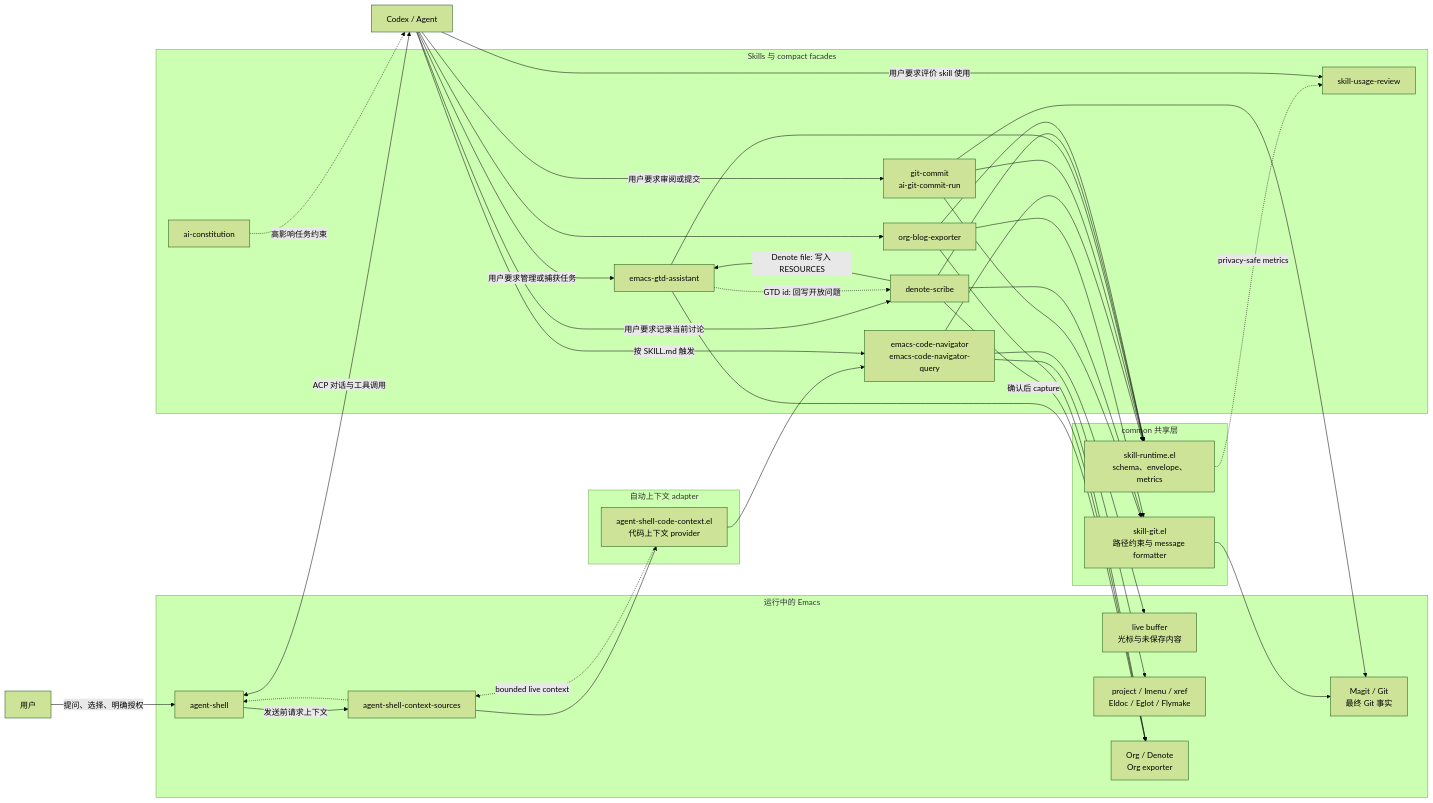
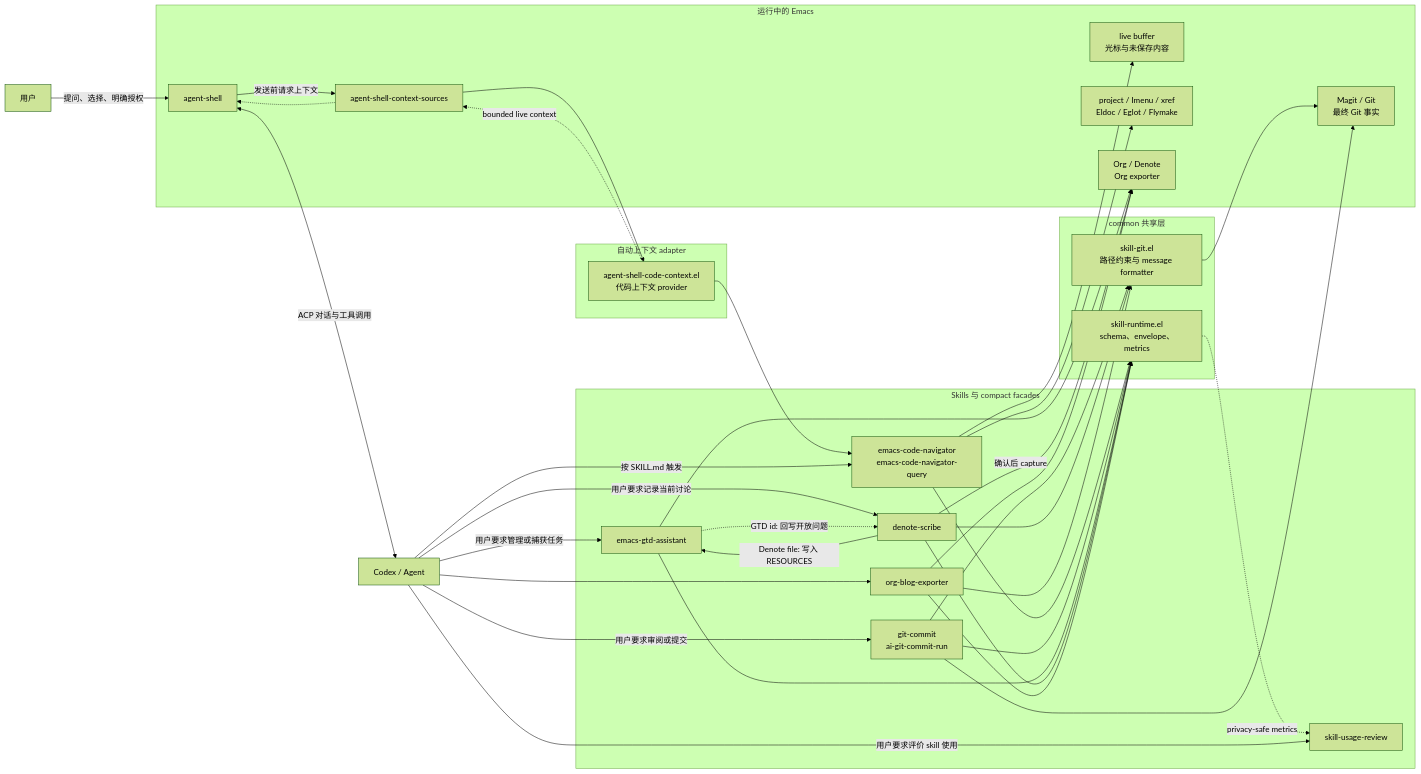
One commit to zorowk/skills changed the diagram in README.md. Above: the diagram before and after it, drawn with Mermaid (forest theme). The commit also changed other lines of this file and 13 other files, not shown here.

````diff
--- a/README.md
+++ b/README.md
@@ -33,72 +32,70 @@
 ```mermaid
 flowchart LR
     USER["用户"]
     AGENT["Codex / Agent"]
 
     subgraph EMACS["运行中的 Emacs"]
         AS["agent-shell"]
         SOURCES["agent-shell-context-sources"]
         BUFFER["live buffer<br/>光标与未保存内容"]
         CODEAPI["project / Imenu / xref<br/>Eldoc / Eglot / Flymake"]
         ORG["Org / Denote<br/>Org exporter"]
         MAGIT["Magit / Git<br/>最终 Git 事实"]
     end
 
     subgraph COMMON["common 共享层"]
         RUNTIME["skill-runtime.el<br/>schema、envelope、metrics"]
         GITCORE["skill-git.el<br/>路径约束与 message formatter"]
     end
 
     subgraph ADAPTERS["自动上下文 adapter"]
         CODECTX["agent-shell-code-context.el<br/>代码上下文 provider"]
     end
 
     subgraph SKILLS["Skills 与 compact facades"]
         NAV["emacs-code-navigator<br/>emacs-code-navigator-query"]
         COMMIT["git-commit<br/>ai-git-commit-run"]
         GTD["emacs-gtd-assistant"]
         SCRIBE["denote-scribe"]
         BLOG["org-blog-exporter"]
         USAGE["skill-usage-review"]
-        CONSTITUTION["ai-constitution"]
     end
 
     USER -->|"提问、选择、明确授权"| AS
     AS <-->|"ACP 对话与工具调用"| AGENT
 
     AS -->|"发送前请求上下文"| SOURCES
     SOURCES --> CODECTX
     CODECTX --> NAV
     NAV --> BUFFER
     NAV --> CODEAPI
     CODECTX -.->|"bounded live context"| SOURCES
     SOURCES -.-> AS
 
     AGENT -->|"用户要求管理或捕获任务"| GTD
     AGENT -->|"用户要求记录当前讨论"| SCRIBE
     AGENT -->|"用户要求审阅或提交"| COMMIT
     SCRIBE -->|"Denote file: 写入 RESOURCES"| GTD
     GTD -.->|"GTD id: 回写开放问题"| SCRIBE
 
     AGENT -->|"按 SKILL.md 触发"| NAV
     AGENT --> BLOG
-    CONSTITUTION -.->|"高影响任务约束"| AGENT
 
     NAV --> RUNTIME
     COMMIT --> RUNTIME
     GTD --> RUNTIME
     SCRIBE --> RUNTIME
     BLOG --> RUNTIME
     COMMIT --> GITCORE
     SCRIBE --> GITCORE
     BLOG --> GITCORE
 
     GTD --> ORG
     SCRIBE -->|"确认后 capture"| ORG
     BLOG --> ORG
     COMMIT --> MAGIT
     GITCORE --> MAGIT
 
     RUNTIME -.->|"privacy-safe metrics"| USAGE
     AGENT -->|"用户要求评价 skill 使用"| USAGE
 ```
````
